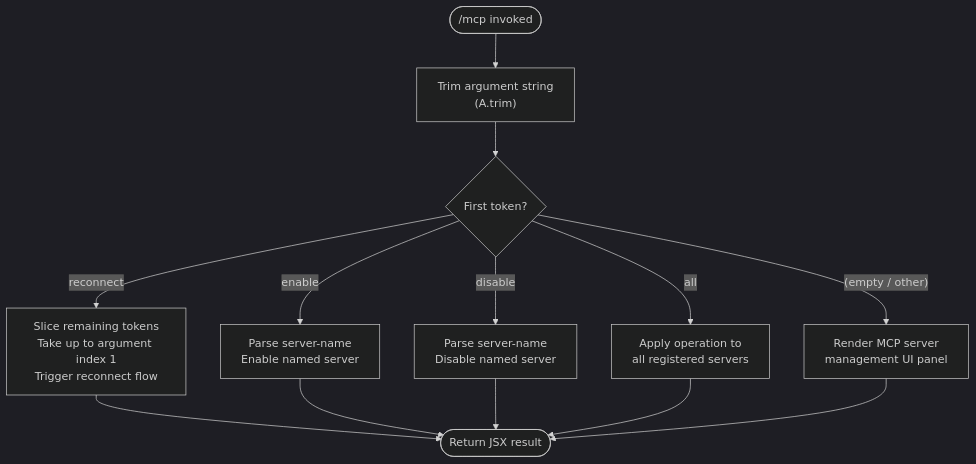
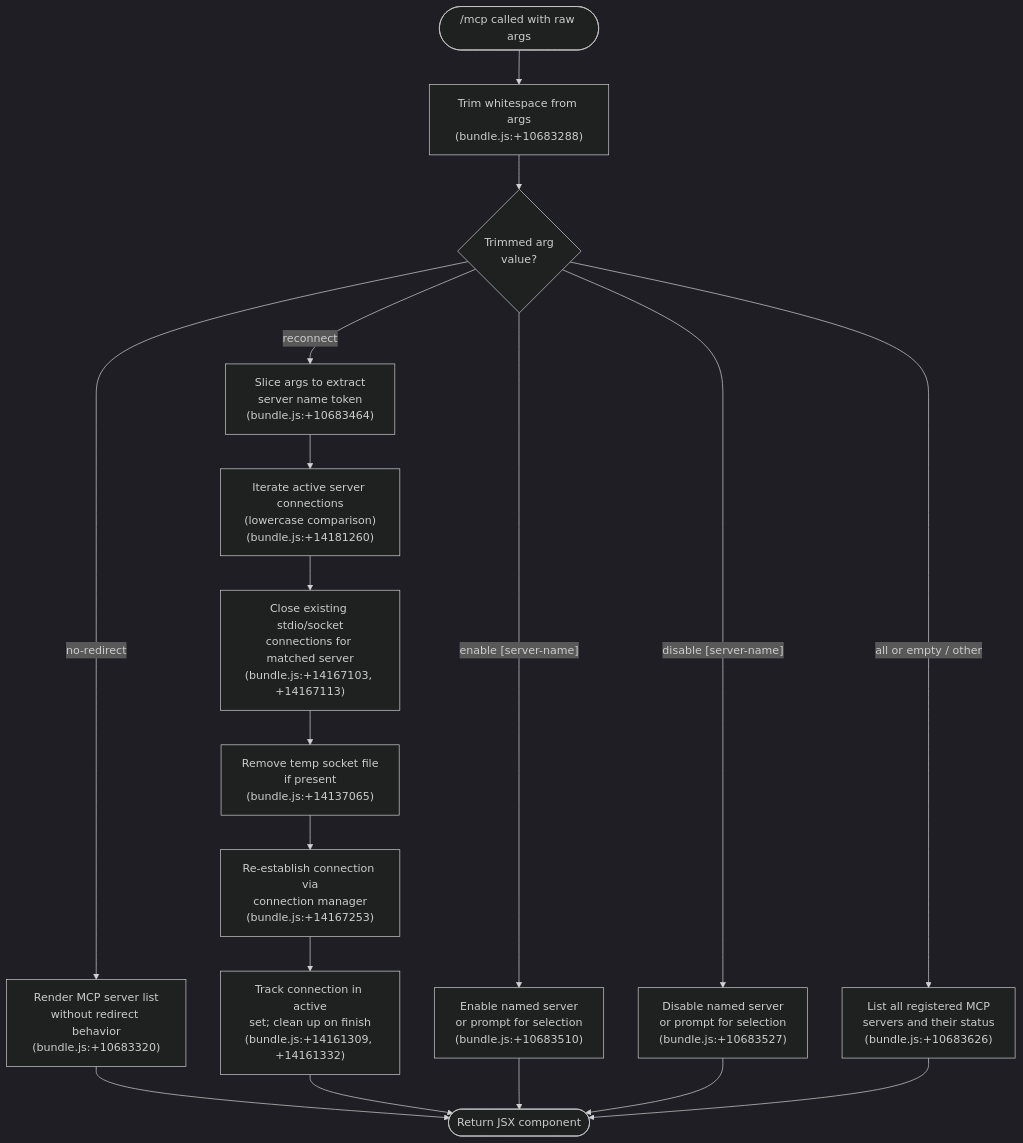
The diagram in versions/v2.1.143/mcp.md (MyLittleLuckyDog/cc-gnothi), drawn with Mermaid (dark theme) before and after one commit. The commit also changed other lines of this file and 483 other files, not shown here.

````diff
--- a/versions/v2.1.143/mcp.md
+++ b/versions/v2.1.143/mcp.md
@@ -47,15 +57,26 @@
 ```mermaid
 flowchart TD
-    A(["/mcp invoked"]) --> B["Trim argument string\n(A.trim)"]
-    B --> C{"First token?"}
-    C -->|"reconnect"| D["Slice remaining tokens\nTake up to argument index 1\nTrigger reconnect flow"]
-    C -->|"enable"| E["Parse server-name\nEnable named server"]
-    C -->|"disable"| F["Parse server-name\nDisable named server"]
-    C -->|"all"| G["Apply operation to\nall registered servers"]
-    C -->|"(empty / other)"| H["Render MCP server\nmanagement UI panel"]
-    D --> I([Return JSX result])
-    E --> I
-    F --> I
-    G --> I
-    H --> I
+    A(["/mcp called with raw args"]) --> B["Trim whitespace from args\n(bundle.js:+10683288)"]
+    B --> C{Trimmed arg\nvalue?}
+
+    C -->|"no-redirect"| D["Render MCP server list\nwithout redirect behavior\n(bundle.js:+10683320)"]
+
+    C -->|"reconnect"| E["Slice args to extract\nserver name token\n(bundle.js:+10683464)"]
+    E --> F["Iterate active server connections\n(lowercase comparison)\n(bundle.js:+14181260)"]
+    F --> G["Close existing stdio/socket\nconnections for matched server\n(bundle.js:+14167103, +14167113)"]
+    G --> H["Remove temp socket file\nif present\n(bundle.js:+14137065)"]
+    H --> I["Re-establish connection via\nconnection manager\n(bundle.js:+14167253)"]
+    I --> J["Track connection in active\nset; clean up on finish\n(bundle.js:+14161309, +14161332)"]
+
+    C -->|"enable [server-name]"| K["Enable named server\nor prompt for selection\n(bundle.js:+10683510)"]
+
+    C -->|"disable [server-name]"| L["Disable named server\nor prompt for selection\n(bundle.js:+10683527)"]
+
+    C -->|"all  or  empty / other"| M["List all registered MCP\nservers and their status\n(bundle.js:+10683626)"]
+
+    D --> Z([Return JSX component])
+    J --> Z
+    K --> Z
+    L --> Z
+    M --> Z
 ```
````
